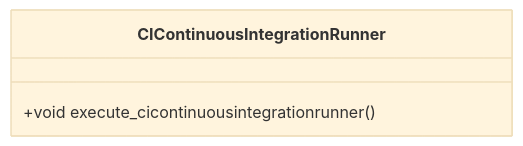
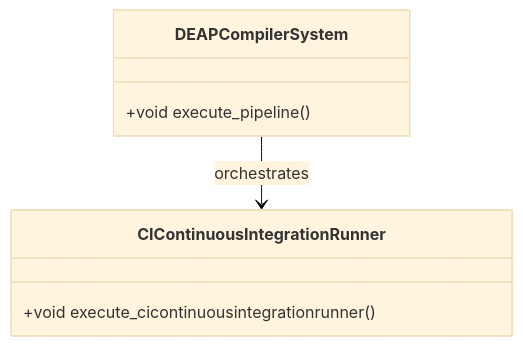
Before and after one commit to gintatkinson/dumpiler-01: the diagram in docs/features/FEAT-02-CIContinuousIntegrationRunner.md, drawn with Mermaid (base theme). The commit also changed other lines of this file and 90 other files, not shown here.

````diff
--- a/docs/features/FEAT-02-CIContinuousIntegrationRunner.md
+++ b/docs/features/FEAT-02-CIContinuousIntegrationRunner.md
@@ -25,6 +25,10 @@
 ```mermaid
 classDiagram
+    class DEAPCompilerSystem {
+        +void execute_pipeline()
+    }
     class CIContinuousIntegrationRunner {
         +void execute_cicontinuousintegrationrunner()
     }
+    DEAPCompilerSystem --> CIContinuousIntegrationRunner : orchestrates
 ```
````
